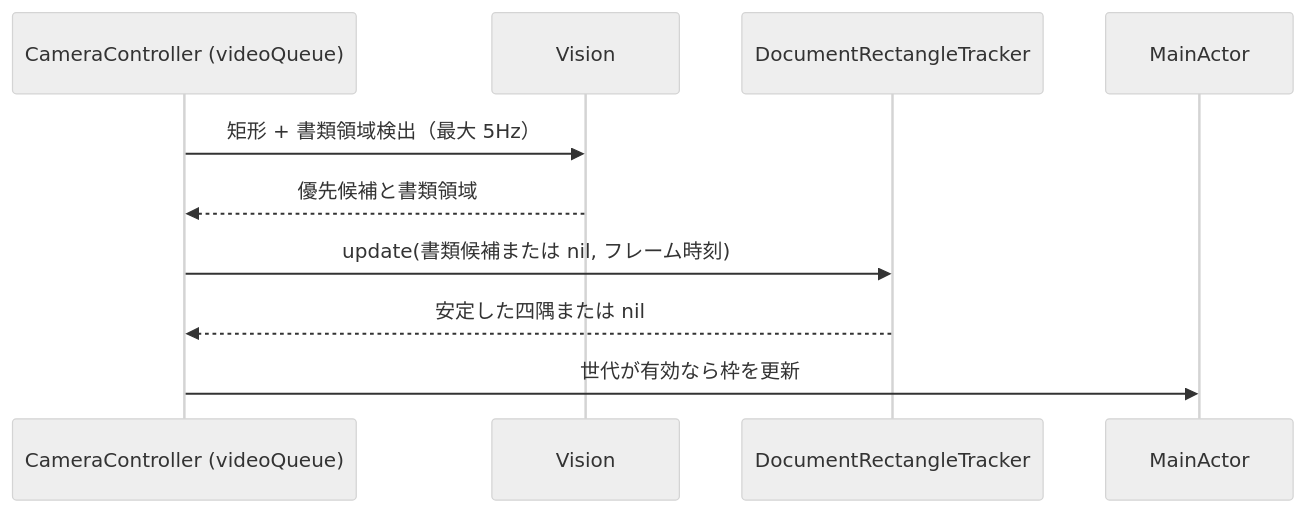
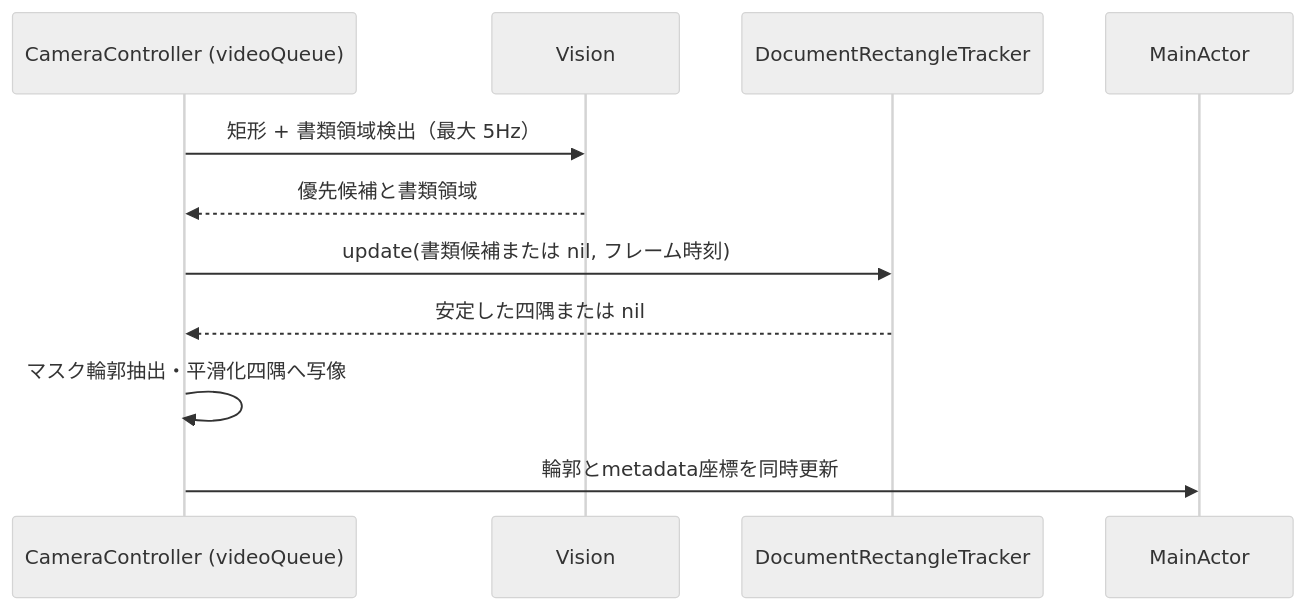
Before and after one commit to gomurin0428/DocScanner: the first of 3 diagrams in DocScanner/Views/README.md, drawn with Mermaid (neutral theme). The commit also changed other lines of this file and 23 other files, not shown here.

````diff
--- a/DocScanner/Views/README.md
+++ b/DocScanner/Views/README.md
@@ -31,12 +35,13 @@
 ```mermaid
 sequenceDiagram
     participant C as CameraController (videoQueue)
     participant V as Vision
     participant T as DocumentRectangleTracker
     participant U as MainActor
     C->>V: 矩形 + 書類領域検出（最大 5Hz）
     V-->>C: 優先候補と書類領域
     C->>T: update(書類候補または nil, フレーム時刻)
     T-->>C: 安定した四隅または nil
-    C->>U: 世代が有効なら枠を更新
+    C->>C: マスク輪郭抽出・平滑化四隅へ写像
+    C->>U: 輪郭とmetadata座標を同時更新
 ```
````
